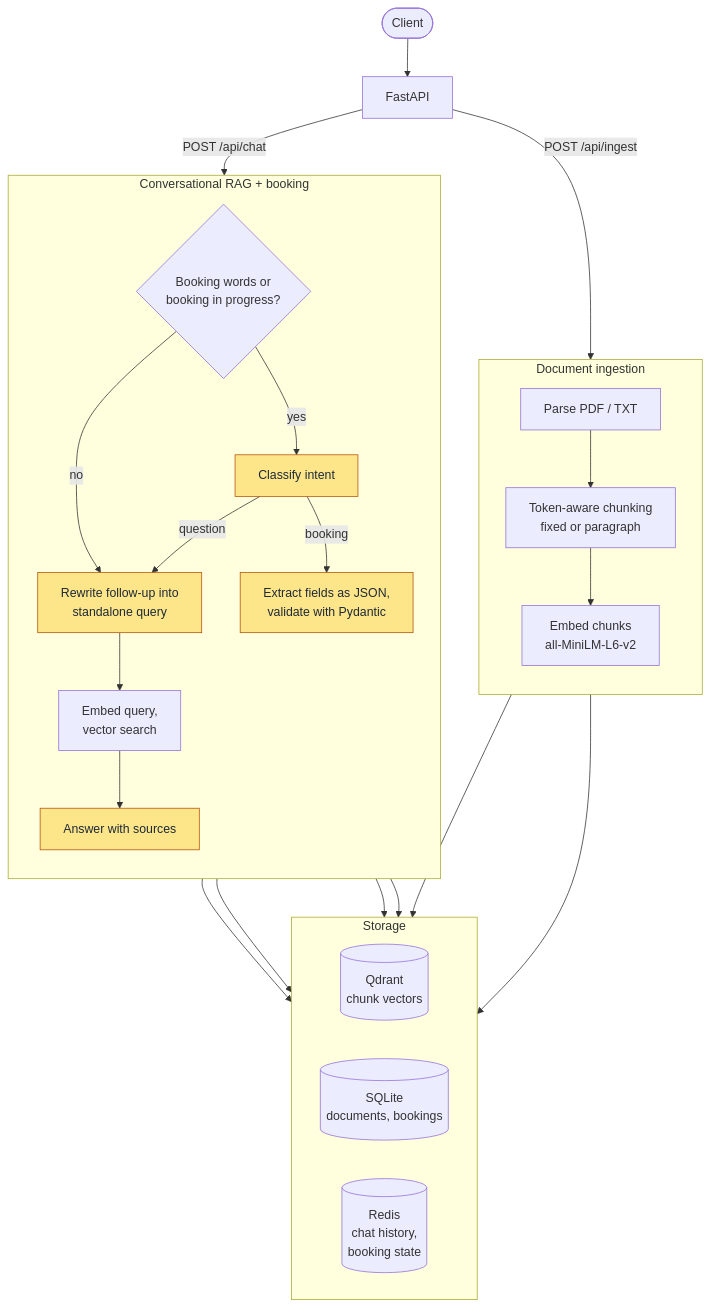
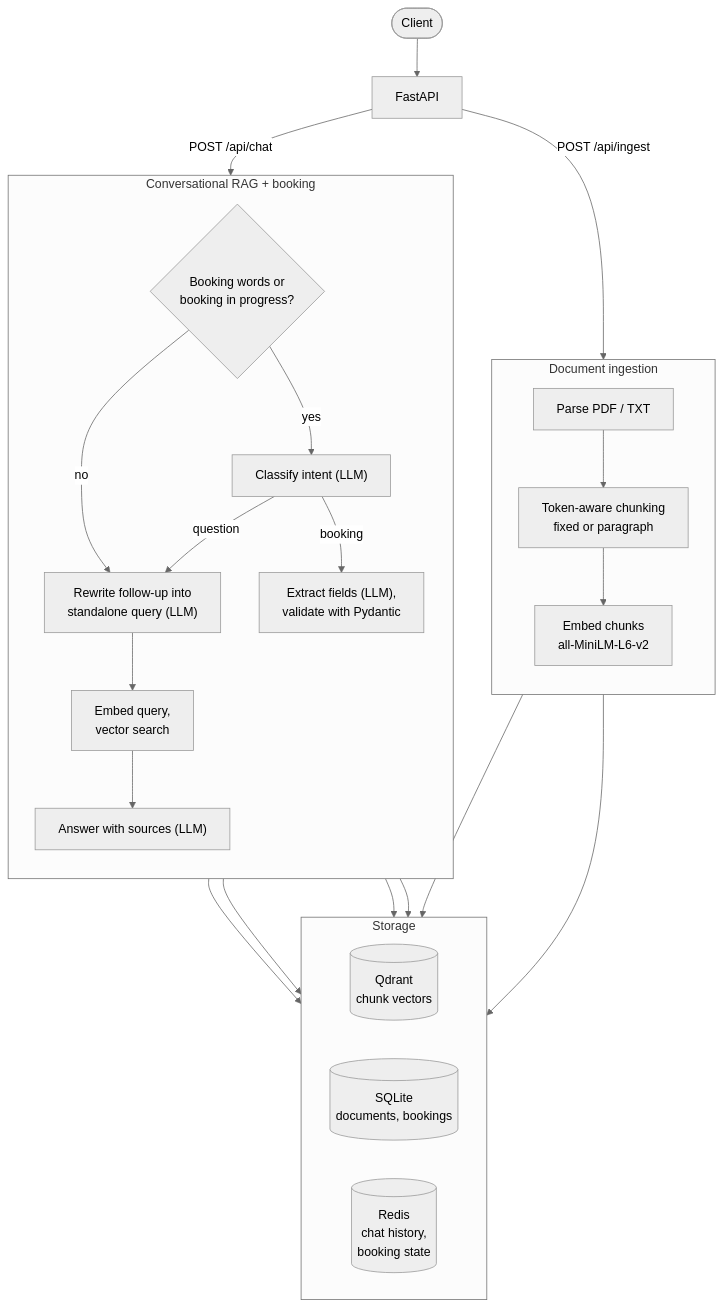
Before and after one commit to roshanstha01/customizable-conversational-rag: the diagram in README.md, drawn with Mermaid. The commit also changed other lines of this file, not shown here.

Commit message:
Make README architecture diagram black and white
Use Mermaid's neutral theme and mark LLM steps with (LLM) labels
instead of yellow highlighting.

````diff
--- a/README.md
+++ b/README.md
@@ -30,40 +30,38 @@
 ```mermaid
+%%{init: {"theme": "neutral"}}%%
 flowchart TB
     Client([Client]) --> API[FastAPI]
     API -->|POST /api/ingest| Parse
     API -->|POST /api/chat| Gate
 
     subgraph Ingestion["Document ingestion"]
         direction TB
         Parse[Parse PDF / TXT] --> Chunk[Token-aware chunking<br/>fixed or paragraph]
         Chunk --> Embed[Embed chunks<br/>all-MiniLM-L6-v2]
     end
 
     subgraph Chat["Conversational RAG + booking"]
         direction TB
         Gate{Booking words or<br/>booking in progress?}
-        Gate -- no --> Rewrite[Rewrite follow-up into<br/>standalone query]
-        Gate -- yes --> Classify[Classify intent]
+        Gate -- no --> Rewrite["Rewrite follow-up into<br/>standalone query (LLM)"]
+        Gate -- yes --> Classify["Classify intent (LLM)"]
         Classify -- question --> Rewrite
-        Classify -- booking --> Extract[Extract fields as JSON,<br/>validate with Pydantic]
+        Classify -- booking --> Extract["Extract fields (LLM),<br/>validate with Pydantic"]
         Rewrite --> Search[Embed query,<br/>vector search]
-        Search --> Answer[Answer with sources]
+        Search --> Answer["Answer with sources (LLM)"]
     end
 
     subgraph Storage["Storage"]
         direction LR
         Qdrant[(Qdrant<br/>chunk vectors)]
         SQLite[(SQLite<br/>documents, bookings)]
         Redis[(Redis<br/>chat history,<br/>booking state)]
     end
 
     Embed --> Qdrant
     Chunk --> SQLite
     Search --> Qdrant
     Extract --> SQLite
     Extract --> Redis
     Answer --> Redis
-
-    classDef llm fill:#fde68a,stroke:#b45309,color:#1f2937
-    class Rewrite,Classify,Extract,Answer llm
 ```
````
